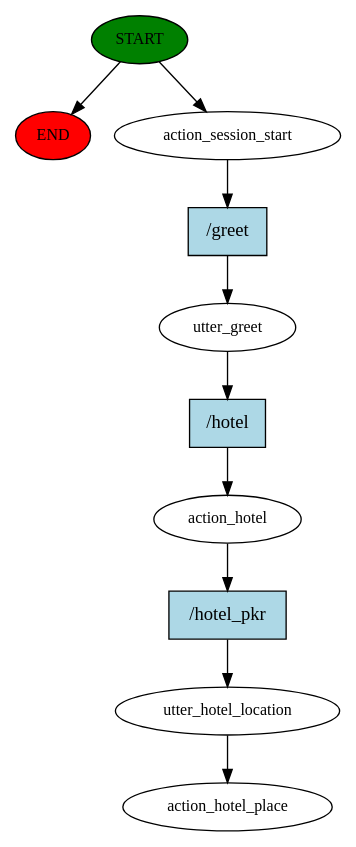
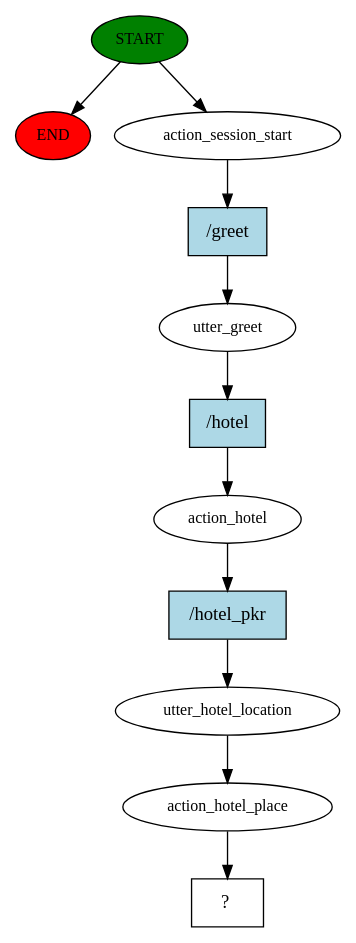
Before and after one commit to dristi-sigdel/reservation-bot: the diagram in story_graph.dot, drawn with Graphviz. The commit also changed 53 other files, not shown here.

```diff
--- a/story_graph.dot
+++ b/story_graph.dot
@@ -1,21 +1,23 @@
 digraph  {
 0 [class="start active", fillcolor=green, fontsize=12, label=START, style=filled];
 "-1" [class=end, fillcolor=red, fontsize=12, label=END, style=filled];
 1 [class=active, fontsize=12, label=action_session_start];
 2 [class=active, fontsize=12, label=utter_greet];
 3 [class=active, fontsize=12, label=action_hotel];
 4 [class=active, fontsize=12, label=utter_hotel_location];
-5 [class="dashed active", fontsize=12, label=action_hotel_place];
-6 [class="intent active", fillcolor=lightblue, label="/greet", shape=rect, style=filled];
-7 [class="intent active", fillcolor=lightblue, label="/hotel", shape=rect, style=filled];
-8 [class="intent active", fillcolor=lightblue, label="/hotel_pkr", shape=rect, style=filled];
+5 [class=active, fontsize=12, label=action_hotel_place];
+6 [class="intent dashed active", label="  ?  ", shape=rect];
+7 [class="intent active", fillcolor=lightblue, label="/greet", shape=rect, style=filled];
+8 [class="intent active", fillcolor=lightblue, label="/hotel", shape=rect, style=filled];
+9 [class="intent active", fillcolor=lightblue, label="/hotel_pkr", shape=rect, style=filled];
 0 -> "-1"  [class="", key=NONE, label=""];
 0 -> 1  [class=active, key=NONE, label=""];
-1 -> 6  [class=active, key=0];
-2 -> 7  [class=active, key=0];
-3 -> 8  [class=active, key=0];
+1 -> 7  [class=active, key=0];
+2 -> 8  [class=active, key=0];
+3 -> 9  [class=active, key=0];
 4 -> 5  [class=active, key=NONE, label=""];
-6 -> 2  [class=active, key=0];
-7 -> 3  [class=active, key=0];
-8 -> 4  [class=active, key=0];
+5 -> 6  [class=active, key=NONE, label=""];
+7 -> 2  [class=active, key=0];
+8 -> 3  [class=active, key=0];
+9 -> 4  [class=active, key=0];
 }
```
